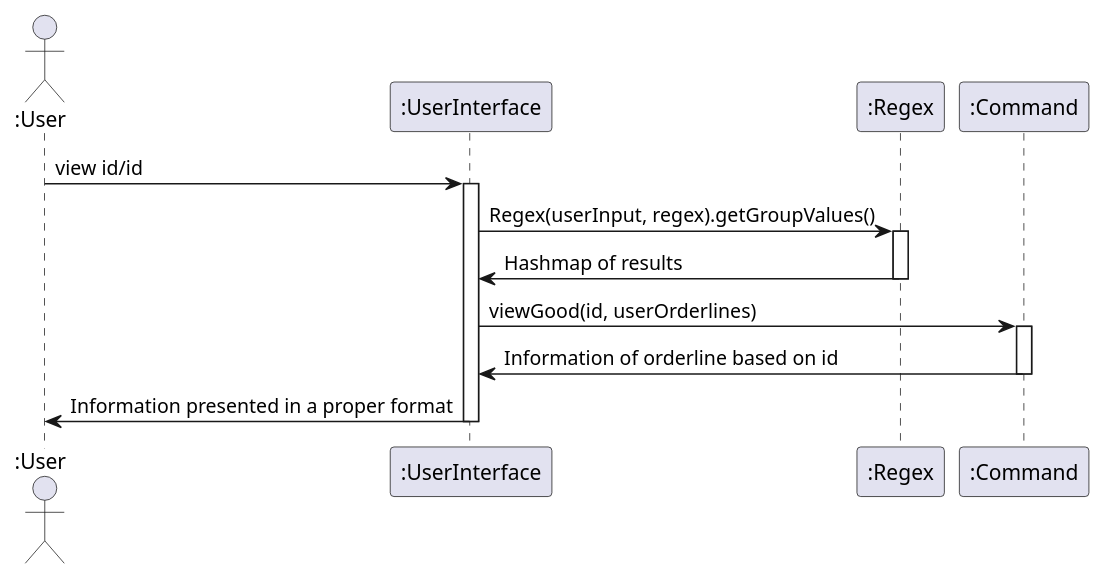
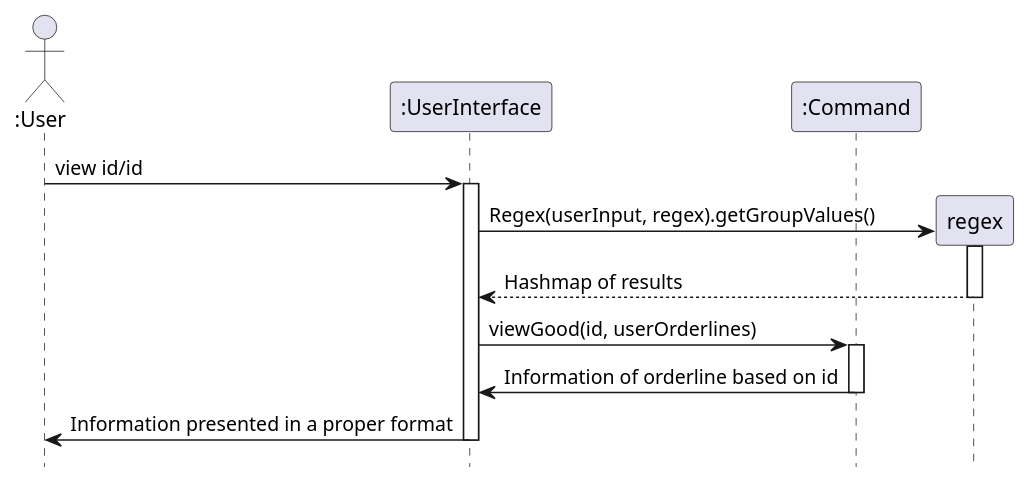
One commit to nus-cs2113-AY2122S2/tp changed the diagram in docs/diagrams/viewGood.puml. Above: the diagram before and after it, drawn with PlantUML. The commit also changed 7 other files, not shown here.

```diff
--- a/docs/diagrams/viewGood.puml
+++ b/docs/diagrams/viewGood.puml
@@ -1,15 +1,16 @@
 @startuml
 'https://plantuml.com/sequence-diagram
+hide footbox
 
 Actor ":User" as user
 participant ":UserInterface" as ui
-participant ":Regex" as regex
 participant ":Command" as command
 
 user -> ui ++ : view id/id
+create regex
 ui -> regex ++ : Regex(userInput, regex).getGroupValues()
-regex -> ui -- : Hashmap of results
+regex --> ui -- : Hashmap of results
 ui -> command ++ : viewGood(id, userOrderlines)
 command -> ui -- : Information of orderline based on id
 ui -> user -- : Information presented in a proper format
 @enduml
```
